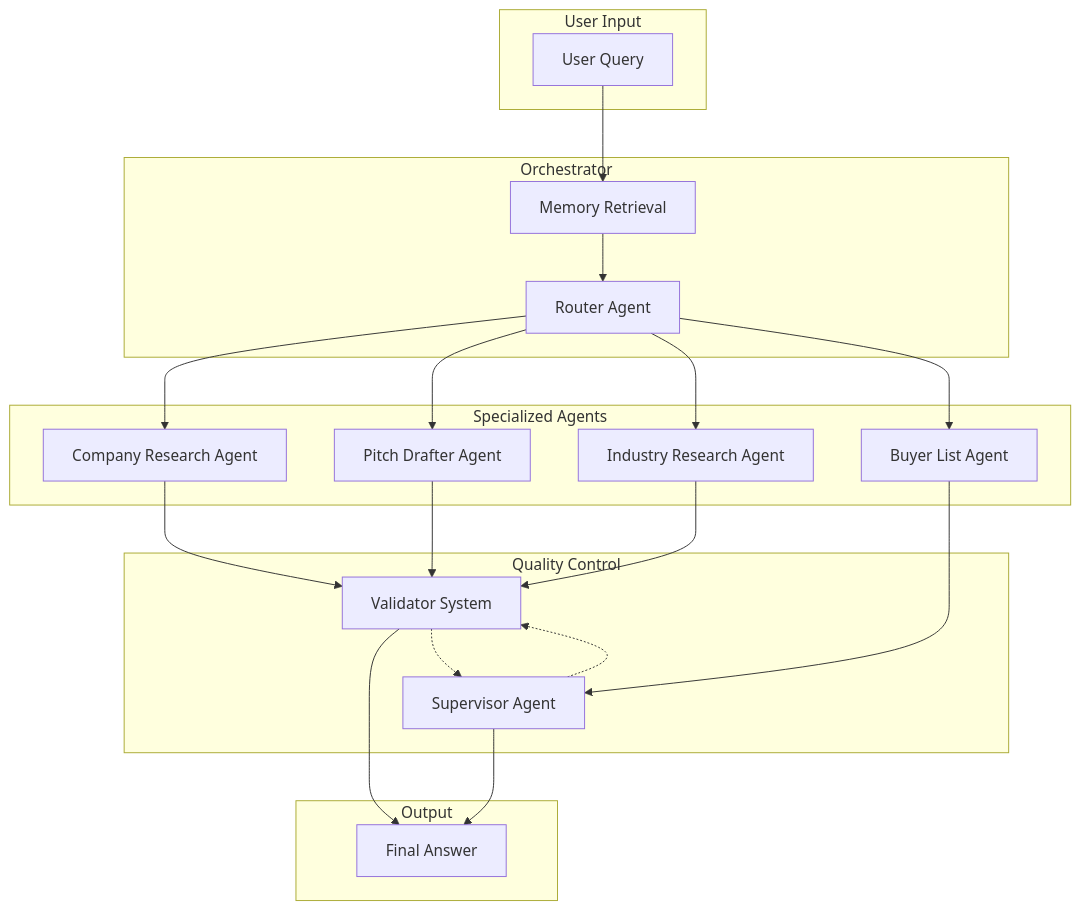
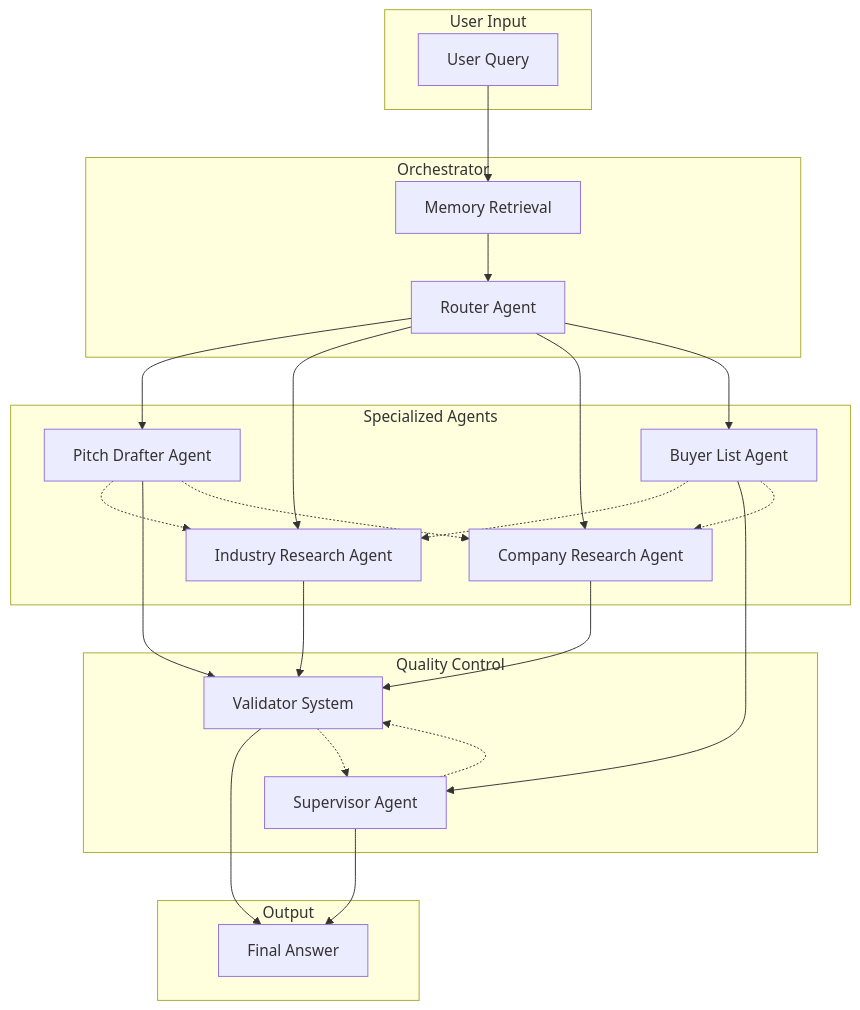
The diagram in docs/overview/flows.md (BraeAndFriends/prompt-registry), drawn with Mermaid before and after one commit.

Commit message:
Update Graph Flow

````diff
--- a/docs/overview/flows.md
+++ b/docs/overview/flows.md
@@ -128,45 +128,52 @@
 ```mermaid
 graph TD
     subgraph "User Input"
         UI[User Query]
     end
 
     subgraph "Orchestrator"
         OR[Router Agent]
         MEM[Memory Retrieval]
     end
 
     subgraph "Specialized Agents"
         CR[Company Research Agent]
         PD[Pitch Drafter Agent]
         IR[Industry Research Agent]
         BL[Buyer List Agent]
     end
 
     subgraph "Quality Control"
         VAL[Validator System]
         SUP[Supervisor Agent]
     end
 
     subgraph "Output"
         ANS[Final Answer]
     end
 
     UI --> MEM
     MEM --> OR
-    OR --> CR
+    
     OR --> PD
     OR --> IR
+    OR --> CR
     OR --> BL
 
     CR --> VAL
+    PD -.-> IR
     PD --> VAL
+    PD -.-> CR
+
+    BL -.-> IR
+    BL --> SUP
+    BL -.-> CR
+
     IR --> VAL
-    BL --> SUP
 
+    SUP --> ANS
     VAL --> ANS
-    SUP --> ANS
 
     VAL -.-> SUP
     SUP -.-> VAL
 ```
````
